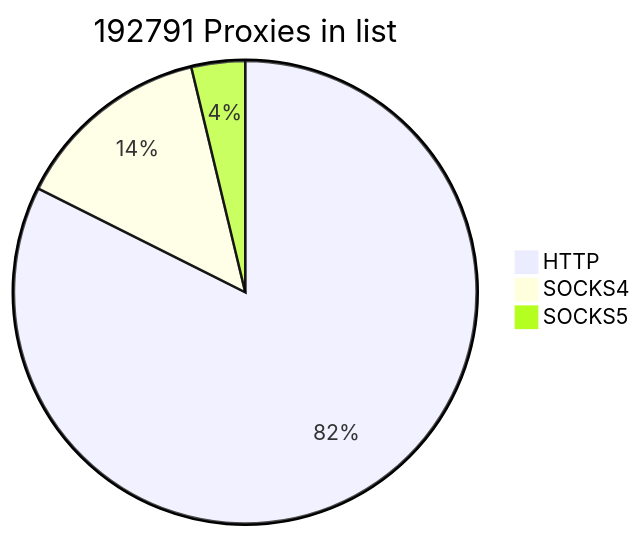
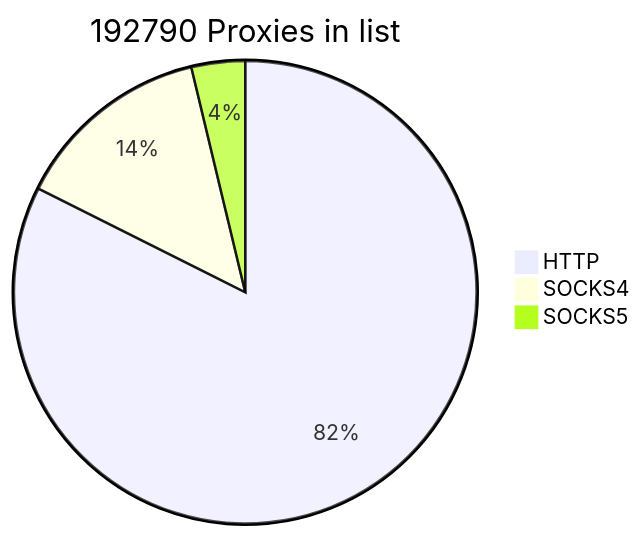
One commit to cutipu/proxylist changed the first of 2 diagrams in README.md. Above: the diagram before and after it, drawn with Mermaid. The commit also changed other lines of this file, not shown here.

````diff
--- a/README.md
+++ b/README.md
@@ -2,7 +2,7 @@
 ```mermaid
-pie title 192791 Proxies in list
+pie title 192790 Proxies in list
     "HTTP" : 158851
     "SOCKS4" : 26717
-    "SOCKS5" : 7223
+    "SOCKS5" : 7222
             
 ```
````
